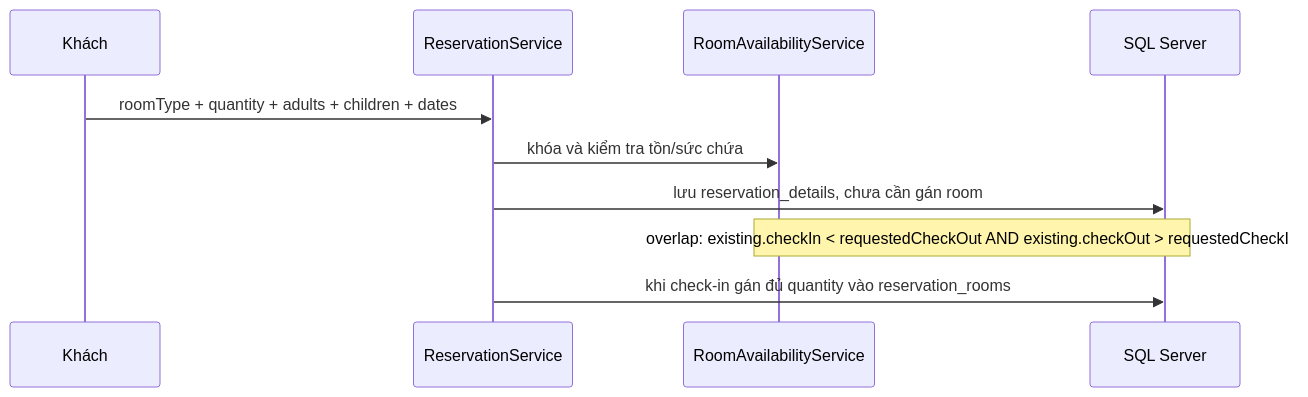
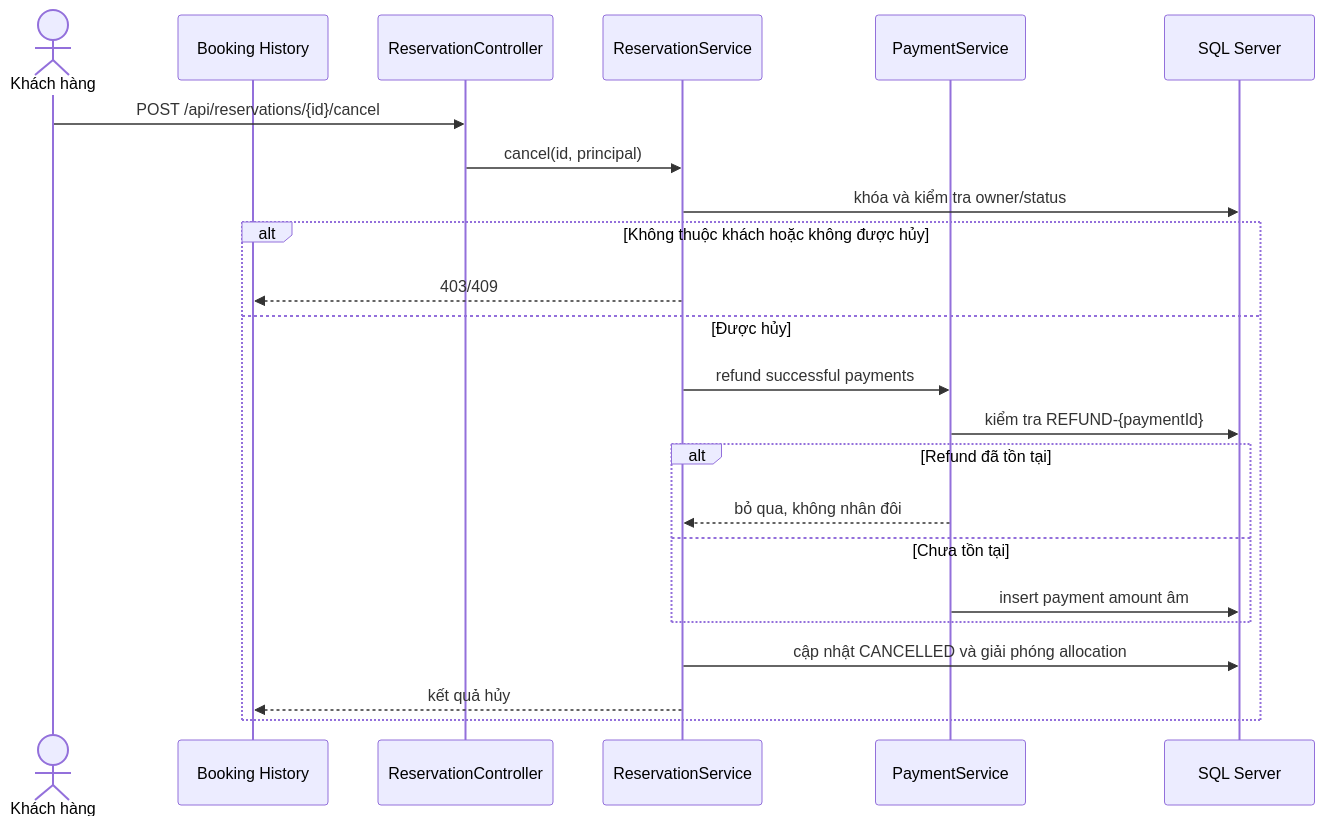
Diagram 11 of 22 in docs/UML.md (GinNgo/He-thong-quan-ly-khach-san), drawn with Mermaid before and after one commit. The commit also changed other lines of this file and 335 other files, not shown here.

Commit message:
docs: update documentation, architecture reports and specs

````diff
--- a/docs/UML.md
+++ b/docs/UML.md
@@ -508,12 +520,26 @@
 ```mermaid
 sequenceDiagram
-    participant Guest as Khách
-    participant Booking as ReservationService
-    participant Inventory as RoomAvailabilityService
+    actor Customer as Khách hàng
+    participant UI as Booking History
+    participant Controller as ReservationController
+    participant Reservation as ReservationService
+    participant Payment as PaymentService
     participant DB as SQL Server
-    Guest->>Booking: roomType + quantity + adults + children + dates
-    Booking->>Inventory: khóa và kiểm tra tồn/sức chứa
-    Booking->>DB: lưu reservation_details, chưa cần gán room
-    Note over Inventory,DB: overlap: existing.checkIn < requestedCheckOut AND existing.checkOut > requestedCheckIn
-    Booking->>DB: khi check-in gán đủ quantity vào reservation_rooms
+
+    Customer->>Controller: POST /api/reservations/{id}/cancel
+    Controller->>Reservation: cancel(id, principal)
+    Reservation->>DB: khóa và kiểm tra owner/status
+    alt Không thuộc khách hoặc không được hủy
+        Reservation-->>UI: 403/409
+    else Được hủy
+        Reservation->>Payment: refund successful payments
+        Payment->>DB: kiểm tra REFUND-{paymentId}
+        alt Refund đã tồn tại
+            Payment-->>Reservation: bỏ qua, không nhân đôi
+        else Chưa tồn tại
+            Payment->>DB: insert payment amount âm
+        end
+        Reservation->>DB: cập nhật CANCELLED và giải phóng allocation
+        Reservation-->>UI: kết quả hủy
+    end
 ```
````
